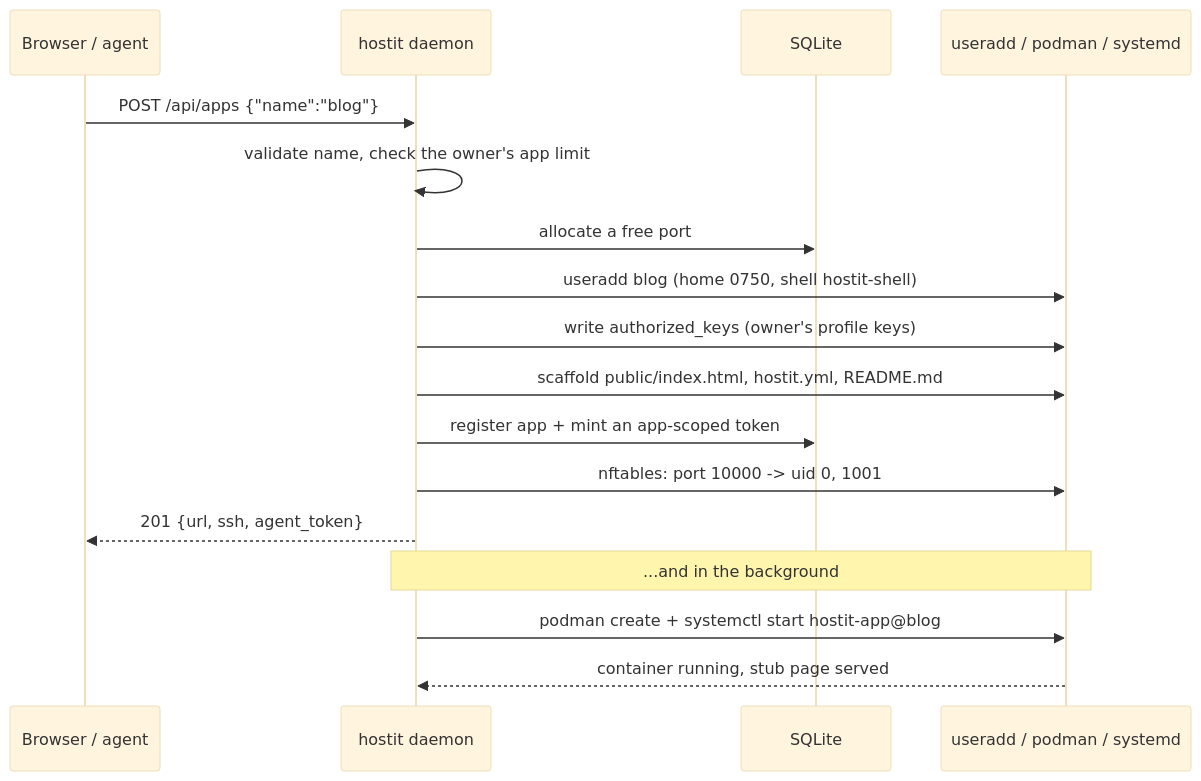
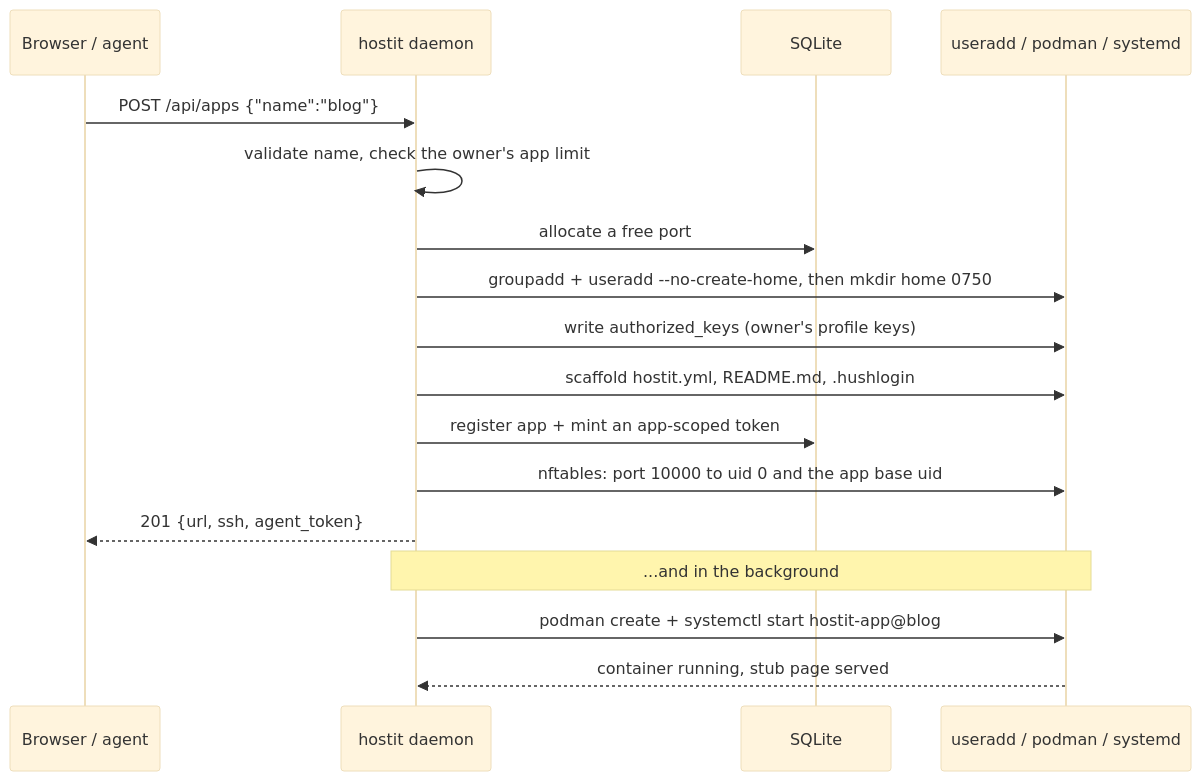
One commit to binwiederhier/hostit changed the third of 8 diagrams in ARCHITECTURE.md. Above: the diagram before and after it, drawn with Mermaid (base theme). The commit also changed other lines of this file and 5 other files, not shown here.

First line of the commit message:
Prepare for open-source; refresh architecture doc

````diff
--- a/ARCHITECTURE.md
+++ b/ARCHITECTURE.md
@@ -100,21 +107,21 @@
 ```mermaid
 sequenceDiagram
     participant U as Browser / agent
     participant D as hostit daemon
     participant S as SQLite
     participant OS as useradd / podman / systemd
 
     U->>D: POST /api/apps {"name":"blog"}
     D->>D: validate name, check the owner's app limit
     D->>S: allocate a free port
-    D->>OS: useradd blog (home 0750, shell hostit-shell)
+    D->>OS: groupadd + useradd --no-create-home, then mkdir home 0750
     D->>OS: write authorized_keys (owner's profile keys)
-    D->>OS: scaffold public/index.html, hostit.yml, README.md
+    D->>OS: scaffold hostit.yml, README.md, .hushlogin
     D->>S: register app + mint an app-scoped token
-    D->>OS: nftables: port 10000 -> uid 0, 1001
+    D->>OS: nftables: port 10000 to uid 0 and the app base uid
     D-->>U: 201 {url, ssh, agent_token}
 
     Note over D,OS: ...and in the background
     D->>OS: podman create + systemctl start hostit-app@blog
     OS-->>D: container running, stub page served
 ```
````
